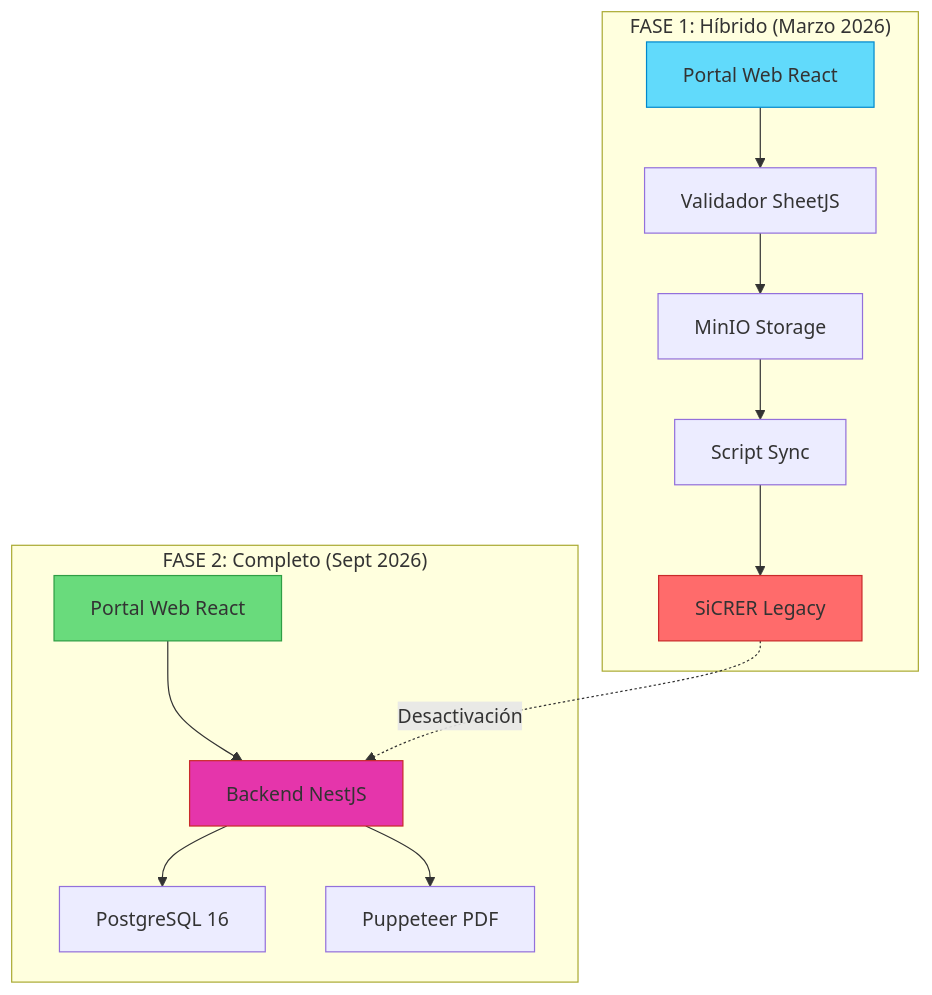
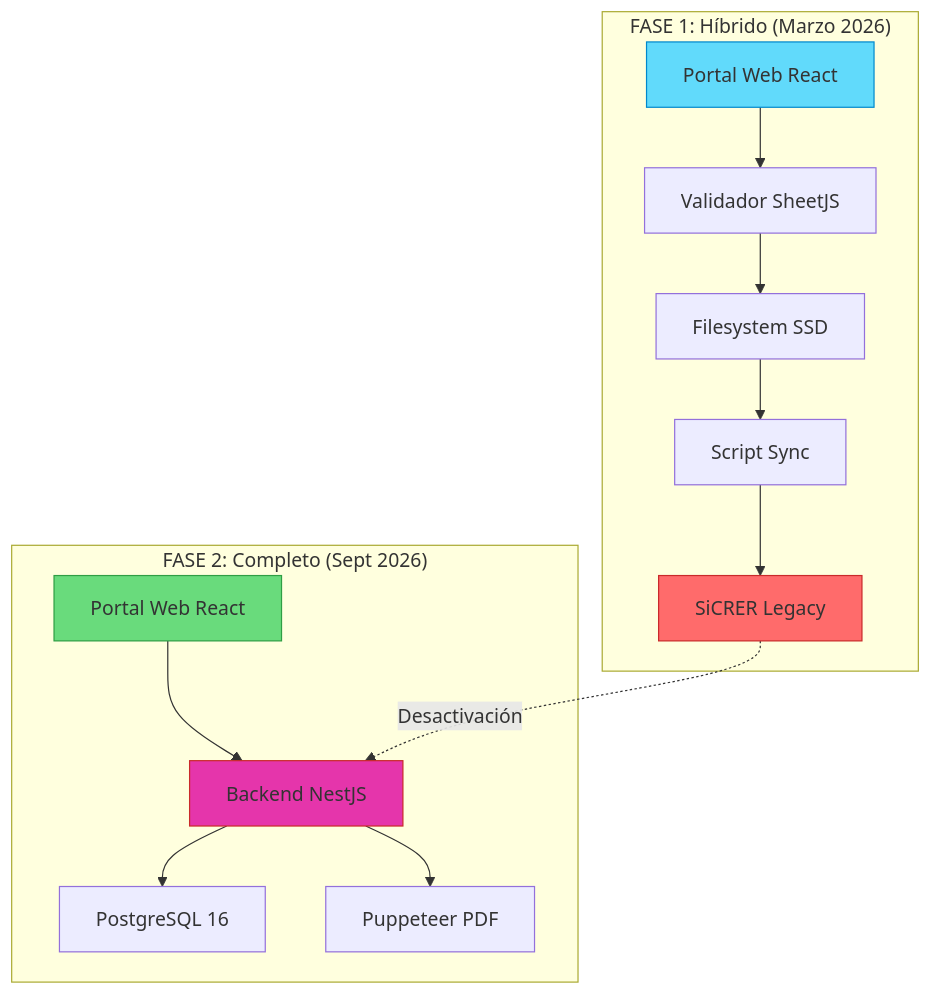
Before and after one commit to dleonsystem/sep_evaluacion_diagnostica: the first of 8 diagrams in FLUJO_OPERATIVO_OFICIAL.md, drawn with Mermaid. The commit also changed other lines of this file and 6 other files, not shown here.

First line of the commit message:
feat: migrate from MinIO and Redis to Filesystem SSD and node-cache

````diff
--- a/FLUJO_OPERATIVO_OFICIAL.md
+++ b/FLUJO_OPERATIVO_OFICIAL.md
@@ -29,33 +29,33 @@
 ```mermaid
 graph TB
     subgraph "FASE 1: Híbrido (Marzo 2026)"
         A1[Portal Web React]
         A2[Validador SheetJS]
-        A3[MinIO Storage]
+        A3[Filesystem SSD]
         A4[Script Sync]
         A5[SiCRER Legacy]
         
         A1 --> A2
         A2 --> A3
         A3 --> A4
         A4 --> A5
     end
     
     subgraph "FASE 2: Completo (Sept 2026)"
         B1[Portal Web React]
         B2[Backend NestJS]
         B3[PostgreSQL 16]
         B4[Puppeteer PDF]
         
         B1 --> B2
         B2 --> B3
         B2 --> B4
     end
     
     A5 -."Desactivación".-> B2
     
     style A1 fill:#61dafb,stroke:#0088cc
     style A5 fill:#ff6b6b,stroke:#c92a2a
     style B1 fill:#69db7c,stroke:#2f9e44
     style B2 fill:#e535ab,stroke:#c92a2a
 ```
````
